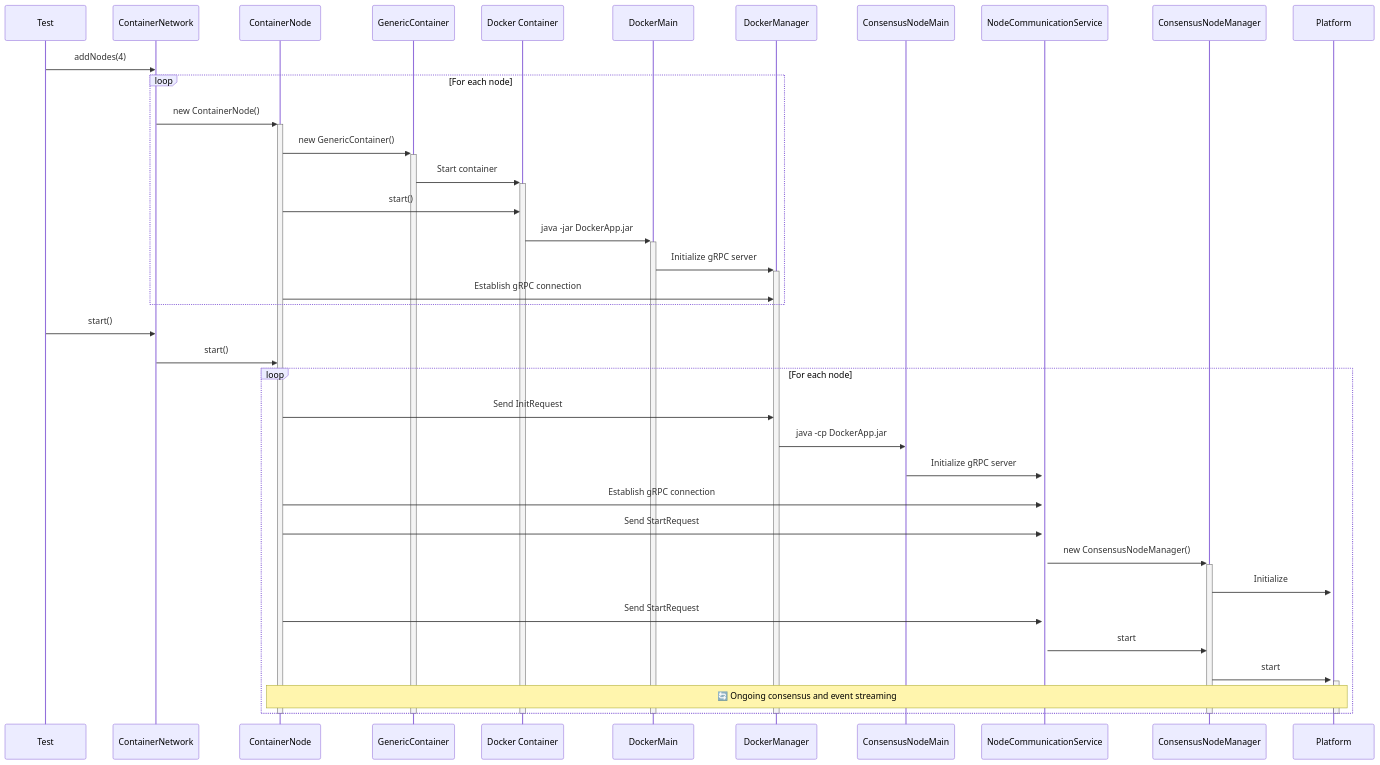
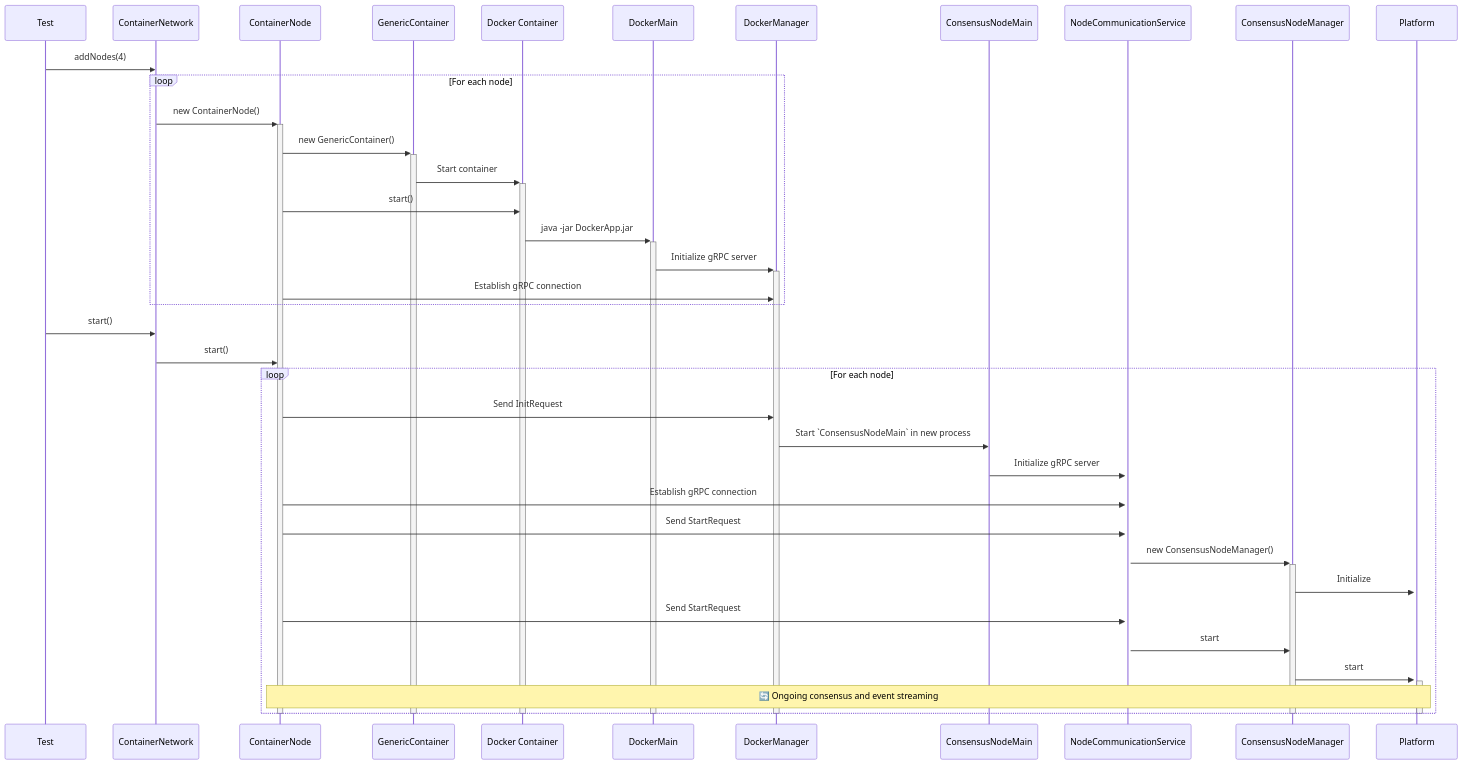
Before and after one commit to hiero-ledger/hiero-consensus-node: the third of 5 diagrams in platform-sdk/consensus-otter-tests/docs/container-environment.md, drawn with Mermaid. The commit also changed other lines of this file, not shown here.

````diff
--- a/platform-sdk/consensus-otter-tests/docs/container-environment.md
+++ b/platform-sdk/consensus-otter-tests/docs/container-environment.md
@@ -223,50 +225,50 @@
 ```mermaid
 sequenceDiagram
     participant Test as Test
     participant ContainerNetwork
     participant ContainerNode
     participant GenericContainer
     participant Container as Docker Container
     participant DockerMain
     participant DockerManager
     participant ConsensusNodeMain
     participant NodeCommunicationService
     participant ConsensusNodeManager
     participant Platform
     Test ->> ContainerNetwork: addNodes(4)
 
     loop For each node
         ContainerNetwork ->>+ ContainerNode: new ContainerNode()
         ContainerNode ->>+ GenericContainer: new GenericContainer()
         GenericContainer ->>+ Container: Start container
         ContainerNode ->> Container: start()
         Container ->>+ DockerMain: java -jar DockerApp.jar
         DockerMain ->>+ DockerManager: Initialize gRPC server
         ContainerNode ->> DockerManager: Establish gRPC connection
     end
 
     Test ->> ContainerNetwork: start()
     ContainerNetwork ->> ContainerNode: start()
 
     loop For each node
         ContainerNode ->> DockerManager: Send InitRequest
-        DockerManager ->> ConsensusNodeMain: java -cp DockerApp.jar
+        DockerManager ->> ConsensusNodeMain: Start `ConsensusNodeMain` in new process
         ConsensusNodeMain ->>+ NodeCommunicationService: Initialize gRPC server
         ContainerNode ->> NodeCommunicationService: Establish gRPC connection
         ContainerNode ->> NodeCommunicationService: Send StartRequest
         NodeCommunicationService ->>+ ConsensusNodeManager: new ConsensusNodeManager()
         ConsensusNodeManager ->>+ Platform: Initialize
         ContainerNode ->> NodeCommunicationService: Send StartRequest
         NodeCommunicationService ->> ConsensusNodeManager: start
         ConsensusNodeManager ->>+ Platform: start
         Note over ContainerNode, Platform: 🔄 Ongoing consensus and event streaming
     end
 
     deactivate ContainerNode
     deactivate GenericContainer
     deactivate Container
     deactivate DockerMain
     deactivate DockerManager
     deactivate ConsensusNodeManager
     deactivate Platform
 ```
````
